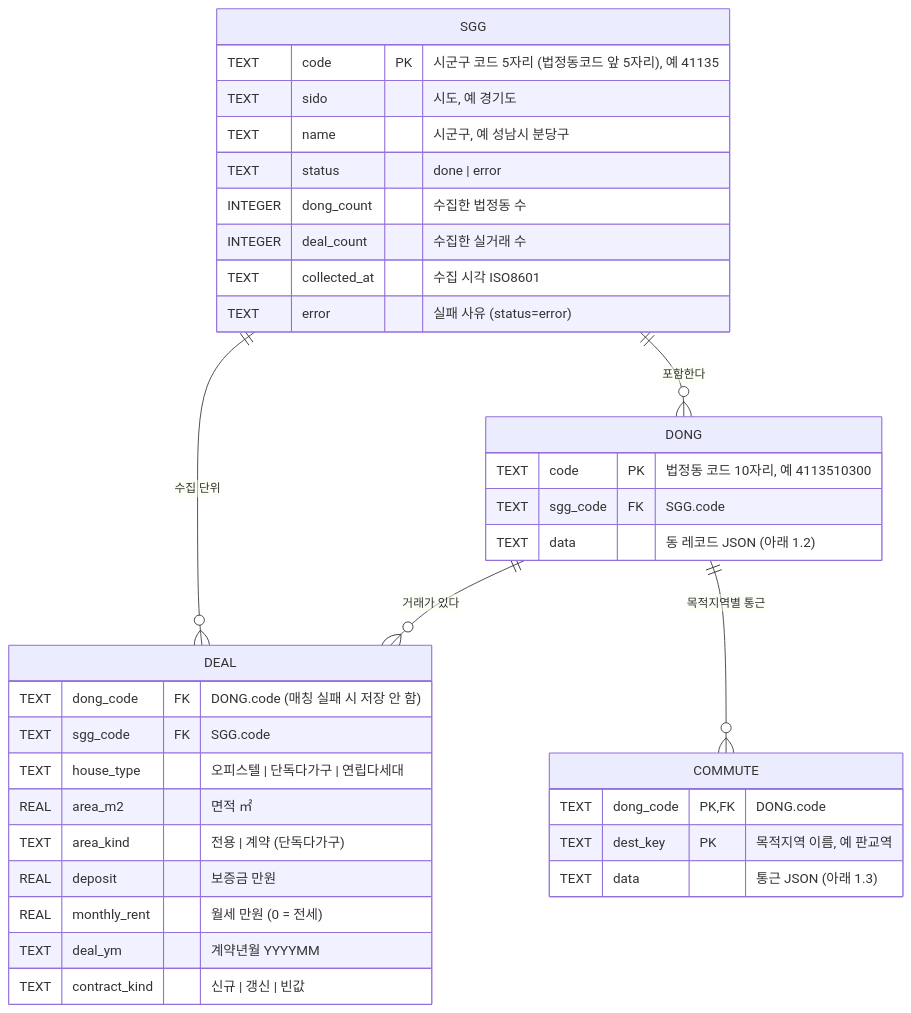
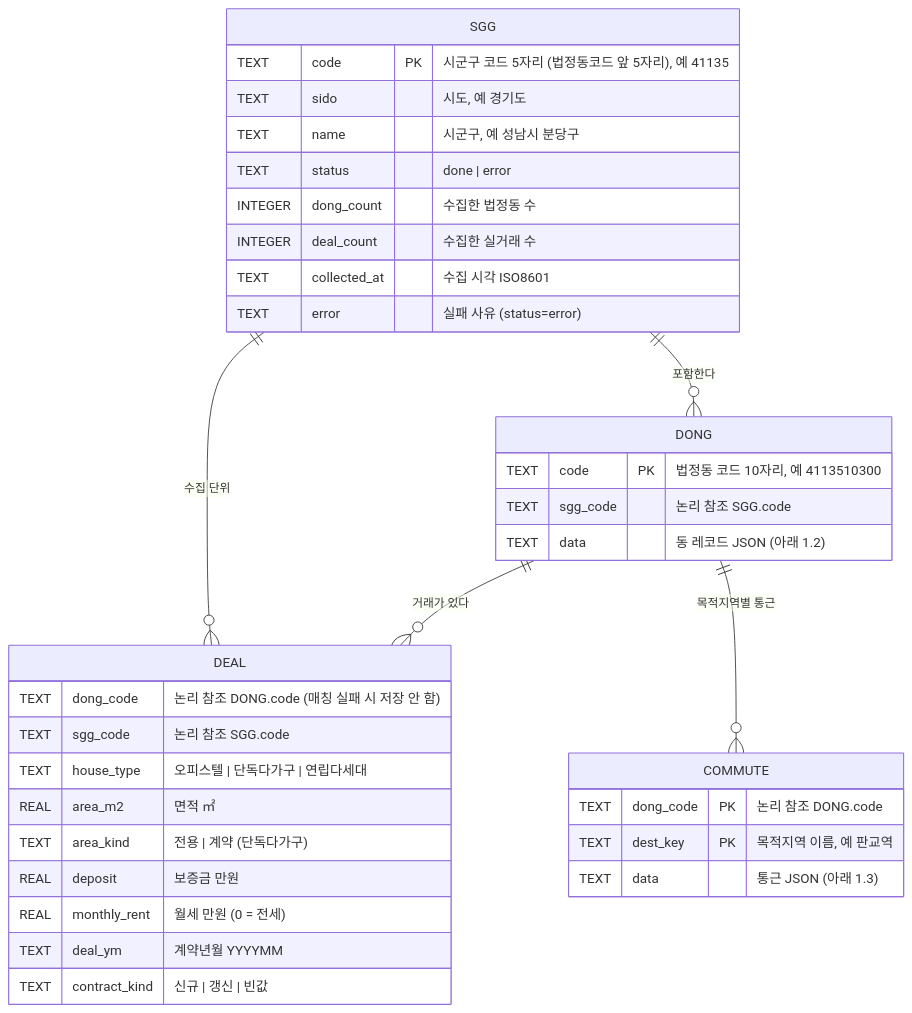
The first of 2 diagrams in Docs/erd.md (PJW32/setter), drawn with Mermaid before and after one commit. The commit also changed other lines of this file and 5 other files, not shown here.

````diff
--- a/Docs/erd.md
+++ b/Docs/erd.md
@@ -14,39 +16,39 @@
 ```mermaid
 erDiagram
     SGG ||--o{ DONG : "포함한다"
     SGG ||--o{ DEAL : "수집 단위"
     DONG ||--o{ DEAL : "거래가 있다"
     DONG ||--o{ COMMUTE : "목적지역별 통근"
 
     SGG {
         TEXT code PK "시군구 코드 5자리 (법정동코드 앞 5자리), 예 41135"
         TEXT sido "시도, 예 경기도"
         TEXT name "시군구, 예 성남시 분당구"
         TEXT status "done | error"
         INTEGER dong_count "수집한 법정동 수"
         INTEGER deal_count "수집한 실거래 수"
         TEXT collected_at "수집 시각 ISO8601"
         TEXT error "실패 사유 (status=error)"
     }
     DONG {
         TEXT code PK "법정동 코드 10자리, 예 4113510300"
-        TEXT sgg_code FK "SGG.code"
+        TEXT sgg_code "논리 참조 SGG.code"
         TEXT data "동 레코드 JSON (아래 1.2)"
     }
     DEAL {
-        TEXT dong_code FK "DONG.code (매칭 실패 시 저장 안 함)"
-        TEXT sgg_code FK "SGG.code"
+        TEXT dong_code "논리 참조 DONG.code (매칭 실패 시 저장 안 함)"
+        TEXT sgg_code "논리 참조 SGG.code"
         TEXT house_type "오피스텔 | 단독다가구 | 연립다세대"
         REAL area_m2 "면적 ㎡"
         TEXT area_kind "전용 | 계약 (단독다가구)"
         REAL deposit "보증금 만원"
         REAL monthly_rent "월세 만원 (0 = 전세)"
         TEXT deal_ym "계약년월 YYYYMM"
         TEXT contract_kind "신규 | 갱신 | 빈값"
     }
     COMMUTE {
-        TEXT dong_code PK, FK "DONG.code"
+        TEXT dong_code PK "논리 참조 DONG.code"
         TEXT dest_key PK "목적지역 이름, 예 판교역"
         TEXT data "통근 JSON (아래 1.3)"
     }
 ```
````
